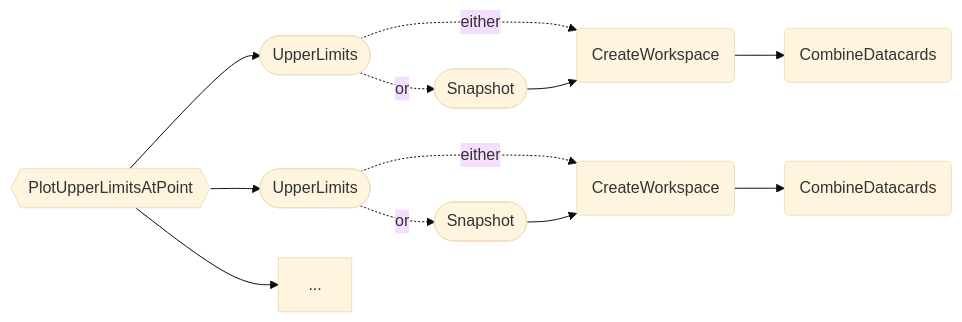
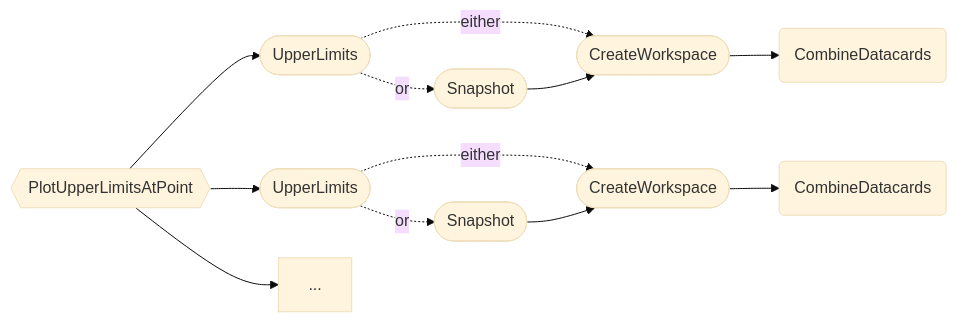
The third of 3 diagrams in docs/content/tasks/limits.md (cms-hh/inference_tools), drawn with Mermaid (base theme) before and after one commit. The commit also changed other lines of this file and 8 other files, not shown here.

````diff
--- a/docs/content/tasks/limits.md
+++ b/docs/content/tasks/limits.md
@@ -215,14 +215,14 @@
 ```mermaid
 graph LR;
     A{{PlotUpperLimitsAtPoint}} --> B1([UpperLimits]);
     A --> B2([UpperLimits]);
     A --> ...;
-    B1 -. either .-> C1(CreateWorkspace);
-    B2 -. either .-> C2(CreateWorkspace);
+    B1 -. either .-> C1([CreateWorkspace]);
+    B2 -. either .-> C2([CreateWorkspace]);
     C1 --> D1(CombineDatacards);
     C2 --> D2(CombineDatacards);
     B1 -. or .-> E1([Snapshot]);
     B2 -. or .-> E2([Snapshot]);
     E1 --> C1;
     E2 --> C2;
 ```
````
